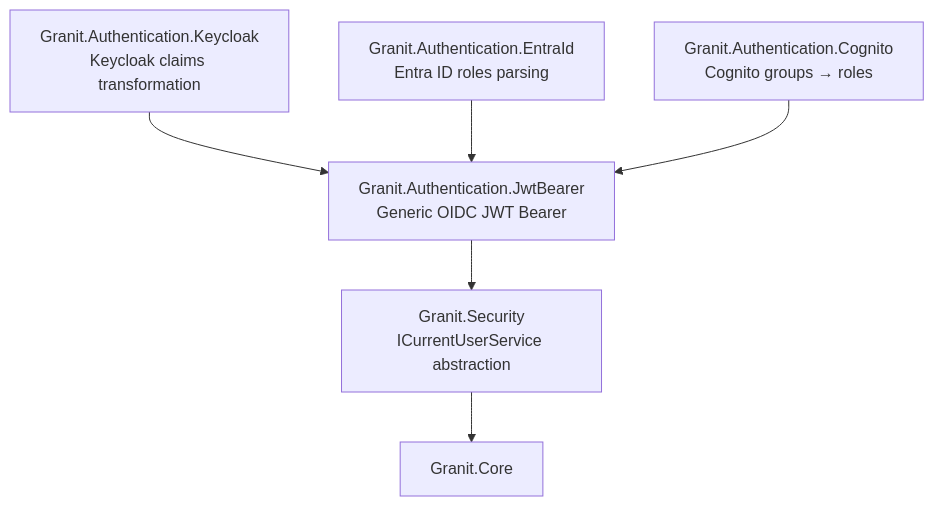
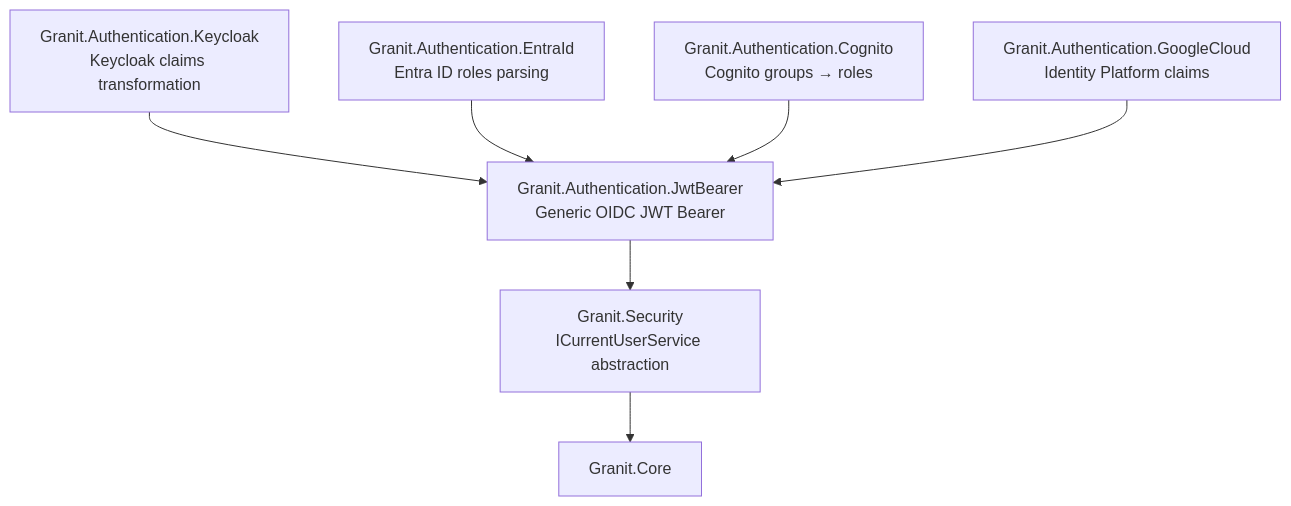
The first of 3 diagrams in docs-site/src/content/docs/dotnet/concepts/security-model.mdx (granit-fx/granit-dotnet), drawn with Mermaid before and after one commit. The commit also changed other lines of this file and 53 other files, not shown here.

````diff
--- a/docs-site/src/content/docs/dotnet/concepts/security-model.mdx
+++ b/docs-site/src/content/docs/dotnet/concepts/security-model.mdx
@@ -24,8 +24,9 @@
 ```mermaid
 graph TD
     S["Granit.Security<br/>ICurrentUserService abstraction"] --> C[Granit.Core]
     JWT["Granit.Authentication.JwtBearer<br/>Generic OIDC JWT Bearer"] --> S
     KC["Granit.Authentication.Keycloak<br/>Keycloak claims transformation"] --> JWT
     EID["Granit.Authentication.EntraId<br/>Entra ID roles parsing"] --> JWT
     CG["Granit.Authentication.Cognito<br/>Cognito groups → roles"] --> JWT
+    GC["Granit.Authentication.GoogleCloud<br/>Identity Platform claims"] --> JWT
 ```
````
